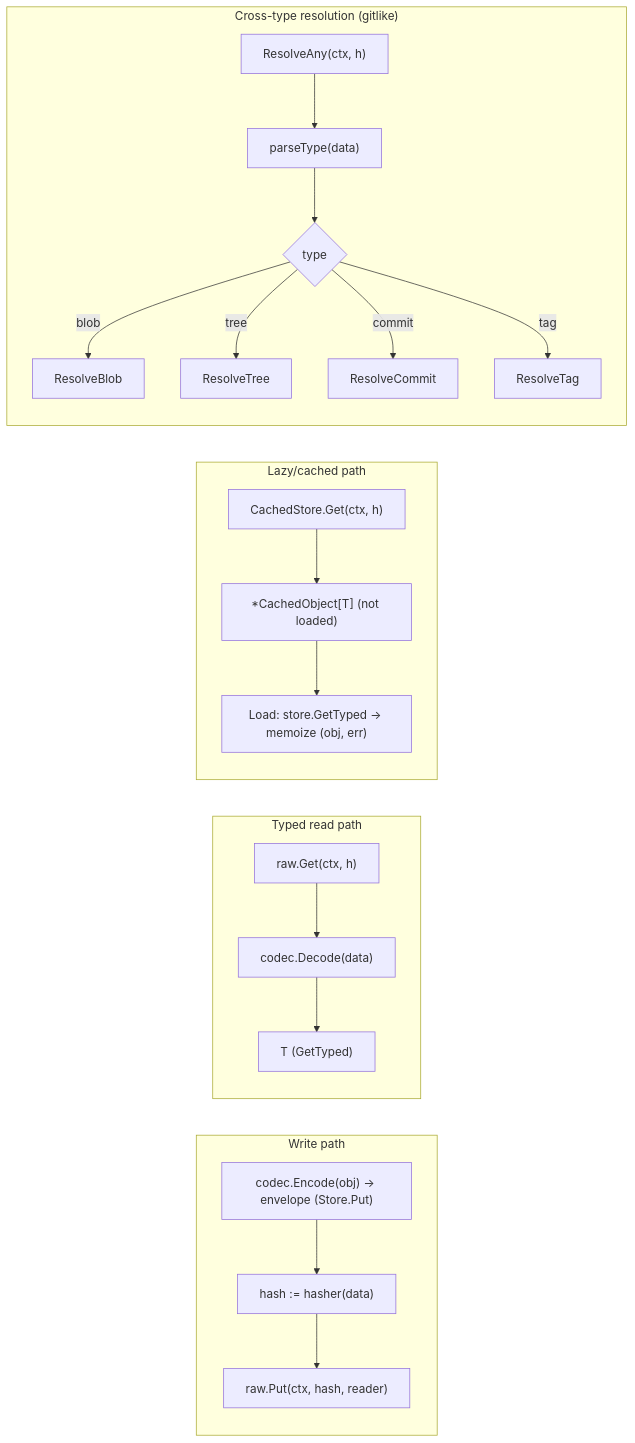
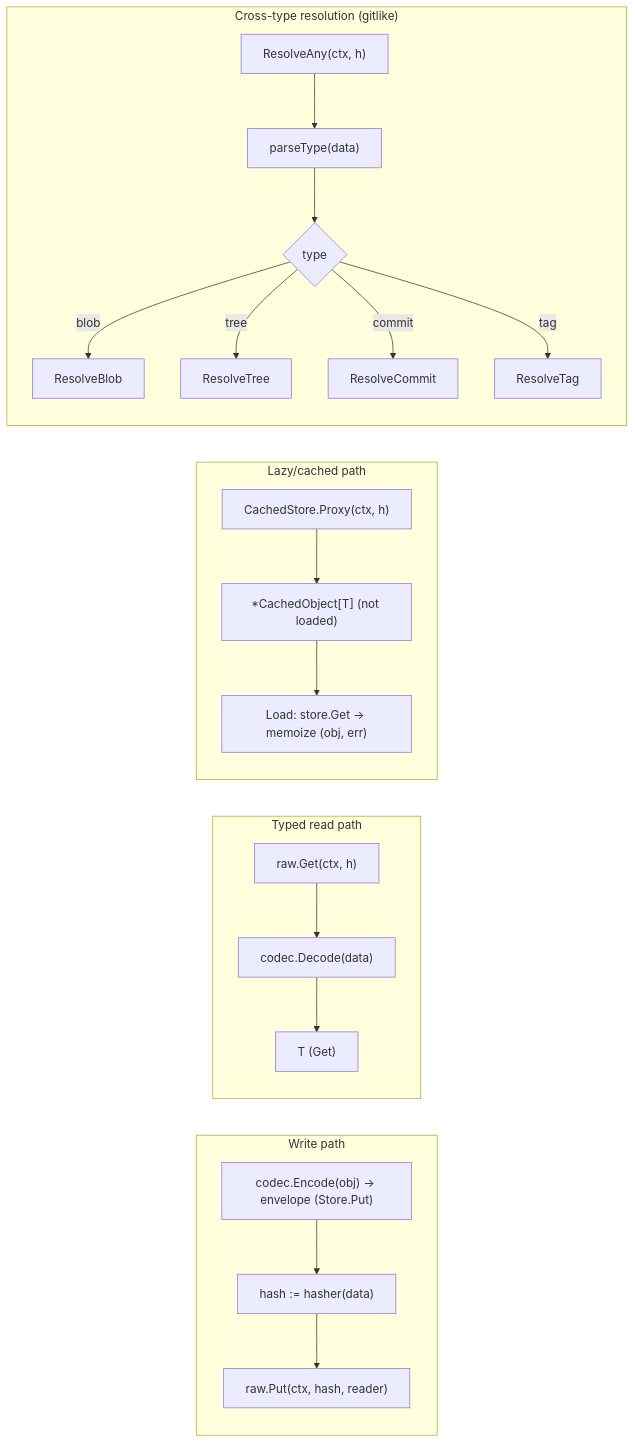
The sixth of 6 diagrams in .github/instructions/cas-core.instructions.md (dmundt/go-cask), drawn with Mermaid before and after one commit. The commit also changed other lines of this file and 28 other files, not shown here.

First line of the commit message:
refactor: rename GetTyped to Get; cache proxy accessor is Proxy

````diff
--- a/.github/instructions/cas-core.instructions.md
+++ b/.github/instructions/cas-core.instructions.md
@@ -774,20 +772,20 @@
 ```mermaid
 flowchart LR
     subgraph WRITE["Write path"]
         A1["codec.Encode(obj) → envelope (Store.Put)"] --> A2["hash := hasher(data)"] --> A3["raw.Put(ctx, hash, reader)"]
     end
     subgraph READ["Typed read path"]
-        B1["raw.Get(ctx, h)"] --> B2["codec.Decode(data)"] --> B3["T (GetTyped)"]
+        B1["raw.Get(ctx, h)"] --> B2["codec.Decode(data)"] --> B3["T (Get)"]
     end
     subgraph LAZY["Lazy/cached path"]
-        C1["CachedStore.Get(ctx, h)"] --> C2["*CachedObject[T] (not loaded)"]
-        C2 --> C3["Load: store.GetTyped → memoize (obj, err)"]
+        C1["CachedStore.Proxy(ctx, h)"] --> C2["*CachedObject[T] (not loaded)"]
+        C2 --> C3["Load: store.Get → memoize (obj, err)"]
     end
     subgraph RESOLVE["Cross-type resolution (gitlike)"]
         D1["ResolveAny(ctx, h)"] --> D2["parseType(data)"] --> D3{"type"}
         D3 -->|"blob"| D4["ResolveBlob"]
         D3 -->|"tree"| D5["ResolveTree"]
         D3 -->|"commit"| D6["ResolveCommit"]
         D3 -->|"tag"| D7["ResolveTag"]
     end
 ```
````
